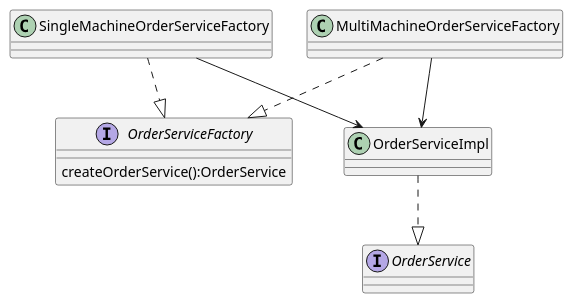
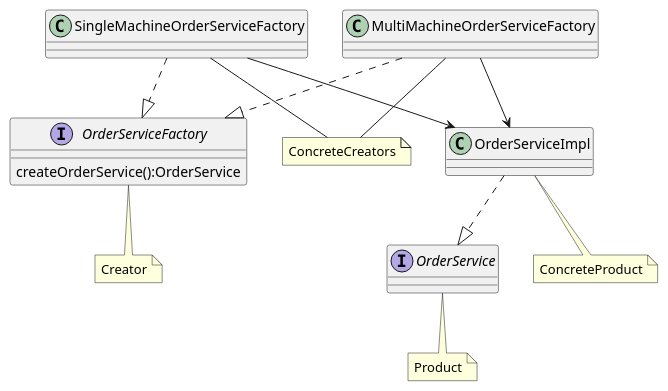
Before and after one commit to mdgriffin/Design-Patterns: the diagram in diagrams/factory_method.pu, drawn with PlantUML.

Commit message:
Added notes to factory method diagram

```diff
--- a/diagrams/factory_method.pu
+++ b/diagrams/factory_method.pu
@@ -1,21 +1,33 @@
 @startuml
+
+Note "Creator" as N1
+Note "ConcreteCreators" as N2
+Note "Product" as N3
+Note "ConcreteProduct" as N4
 
 interface OrderServiceFactory {
     createOrderService():OrderService
 }
 
 class SingleMachineOrderServiceFactory
 class MultiMachineOrderServiceFactory
 
 SingleMachineOrderServiceFactory ..|> OrderServiceFactory
 MultiMachineOrderServiceFactory ..|> OrderServiceFactory
 
 interface OrderService
 class OrderServiceImpl
 
 OrderServiceImpl ..|> OrderService
 
 MultiMachineOrderServiceFactory --> OrderServiceImpl
 SingleMachineOrderServiceFactory --> OrderServiceImpl
 
+OrderServiceFactory -- N1
+
+MultiMachineOrderServiceFactory -- N2
+SingleMachineOrderServiceFactory -- N2
+OrderService -- N3
+OrderServiceImpl -- N4
+
 @enduml
```
